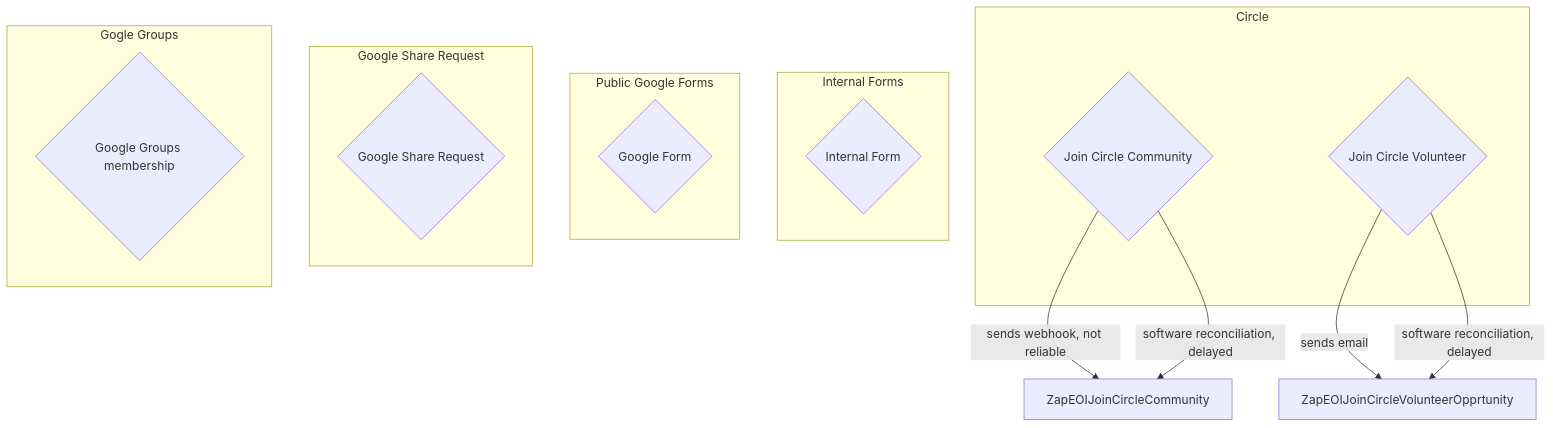
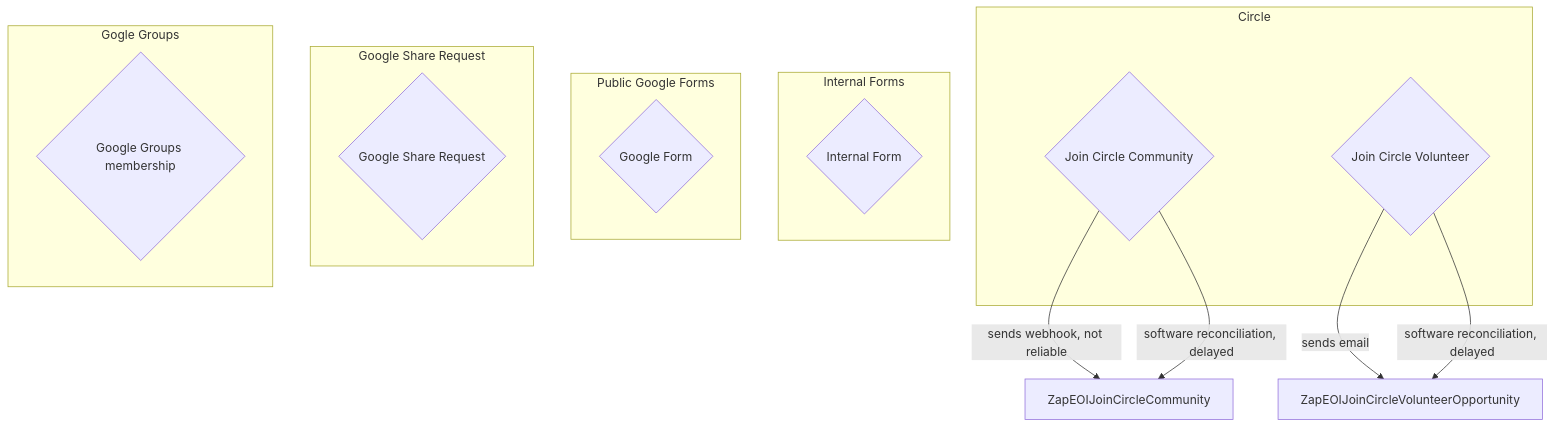
One commit to CloudSecurityAlliance/CSA-IT-Operations changed the diagram in projects/WG-automation/WG-automation-3.md. Above: the diagram before and after it, drawn with Mermaid.

````diff
--- a/projects/WG-automation/WG-automation-3.md
+++ b/projects/WG-automation/WG-automation-3.md
@@ -1,44 +1,44 @@
 ```mermaid
 graph TD;
 
 %% CIRCLE SIDE
 %% Verified email, user initiates action
 subgraph Circle
 joinCircleCommunity{Join Circle Community}
 joinCircleVolunteer{Join Circle Volunteer}
 end
 
 joinCircleCommunity-->|sends webhook, not reliable|ZapEOIJoinCircleCommunity
 joinCircleCommunity-->|software reconciliation, delayed|ZapEOIJoinCircleCommunity
 
-joinCircleVolunteer-->|sends email|ZapEOIJoinCircleVolunteerOpprtunity
-joinCircleVolunteer-->|software reconciliation, delayed|ZapEOIJoinCircleVolunteerOpprtunity
+joinCircleVolunteer-->|sends email|ZapEOIJoinCircleVolunteerOpportunity
+joinCircleVolunteer-->|software reconciliation, delayed|ZapEOIJoinCircleVolunteerOpportunity
 
 %% Internal Forms
 %% Internal form, assumes EOI given
 subgraph Internal Forms
 FillOutInternalForm{Internal Form}
 end
 
 
 
 %% Public Google Forms
 %% Rerquire valid google account email, so that ensures sharing will work
 subgraph Public Google Forms
 FillOutGoogleForm{Google Form}
 end
 
 %% Google Share Request
 %% Rerquire valid google account email, so that ensures sharing will work
 %% This could be automated to add tem, or reply with signup links
 subgraph Google Share Request
 GoogleShareRequest{Google Share Request}
 end
 
 %% Google Groups
 %% Do we allow arbitrary signup? no... existing users however.
 subgraph Gogle Groups
 GoogleGroups{Google Groups membership}
 end
 
 ```
````
